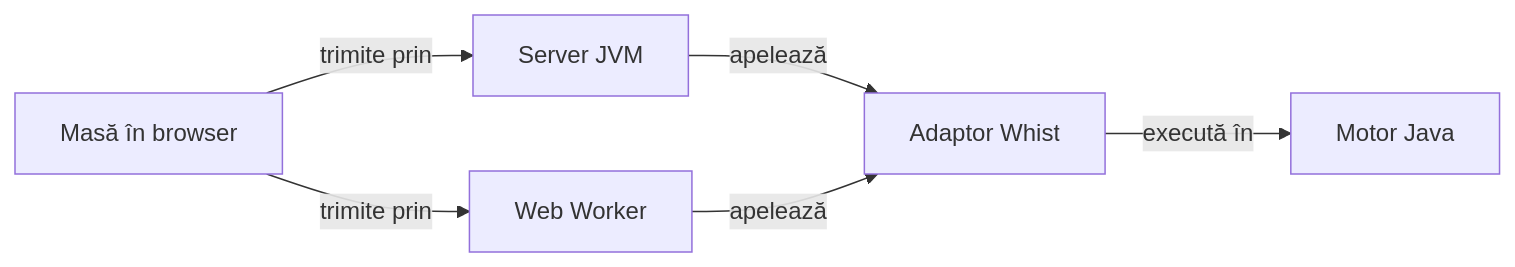
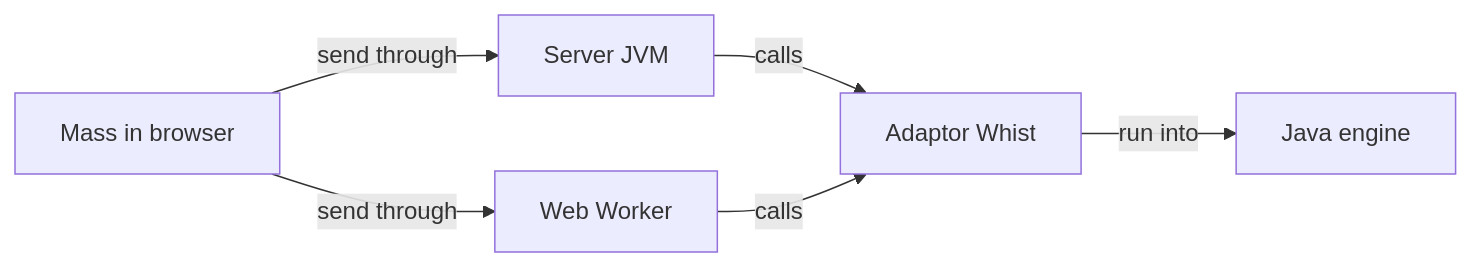
One commit to crististefanita/atf_j4 changed the second of 3 diagrams in atf-ui-browser/README.md. Above: the diagram before and after it, drawn with Mermaid. The commit also changed other lines of this file and 122 other files, not shown here.

````diff
--- a/atf-ui-browser/README.md
+++ b/atf-ui-browser/README.md
@@ -36,13 +36,13 @@
 ```mermaid
 flowchart LR
-    Page[Masă în browser]
+    Page[Mass in browser]
     Http[Server JVM]
     Worker[Web Worker]
     Adapter[Adaptor Whist]
-    Engine[Motor Java]
-    Page -->|trimite prin| Http
-    Page -->|trimite prin| Worker
-    Http -->|apelează| Adapter
-    Worker -->|apelează| Adapter
-    Adapter -->|execută în| Engine
+    Engine[Java engine]
+    Page -->|send through| Http
+    Page -->|send through| Worker
+    Http -->|calls| Adapter
+    Worker -->|calls| Adapter
+    Adapter -->|run into| Engine
 ```
````
